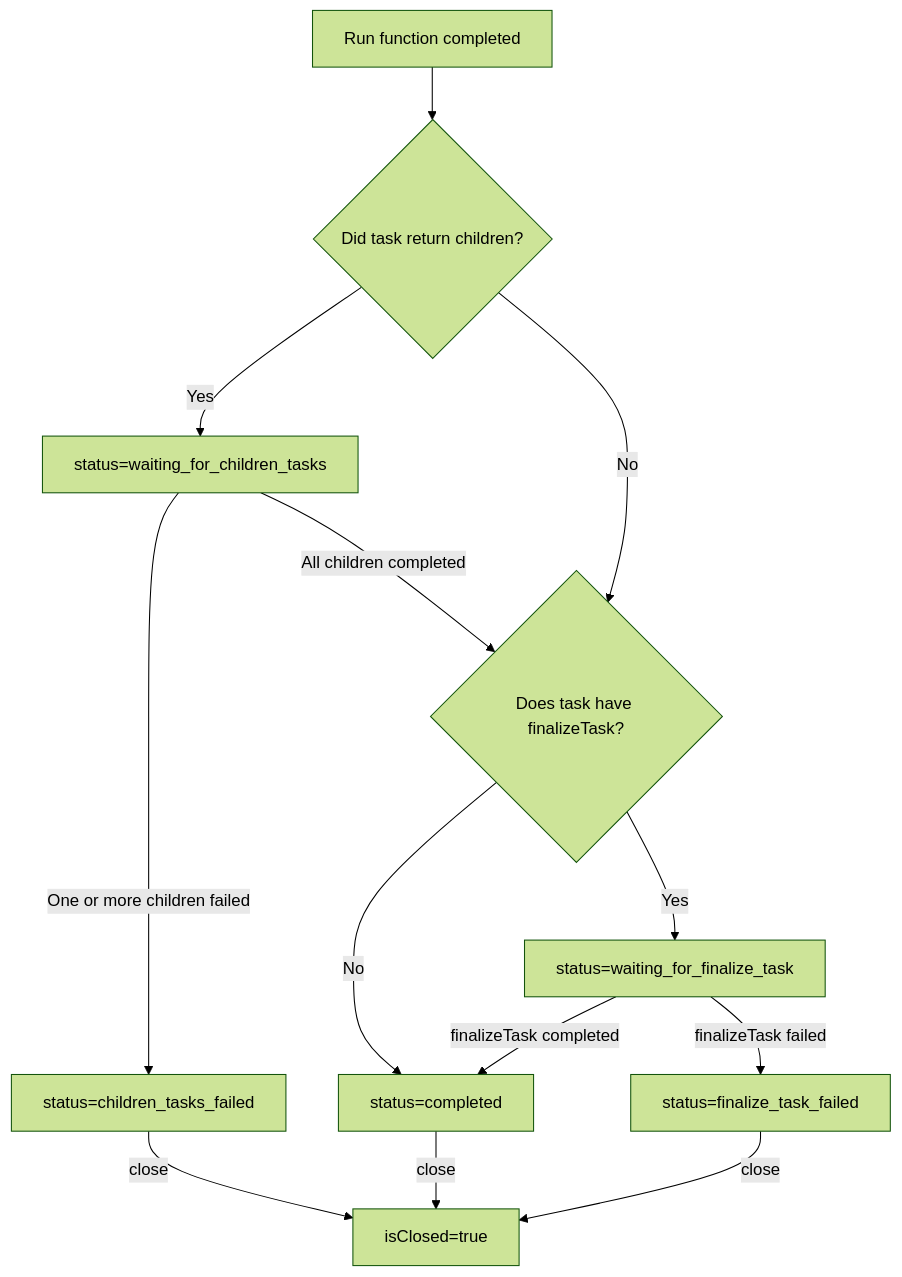
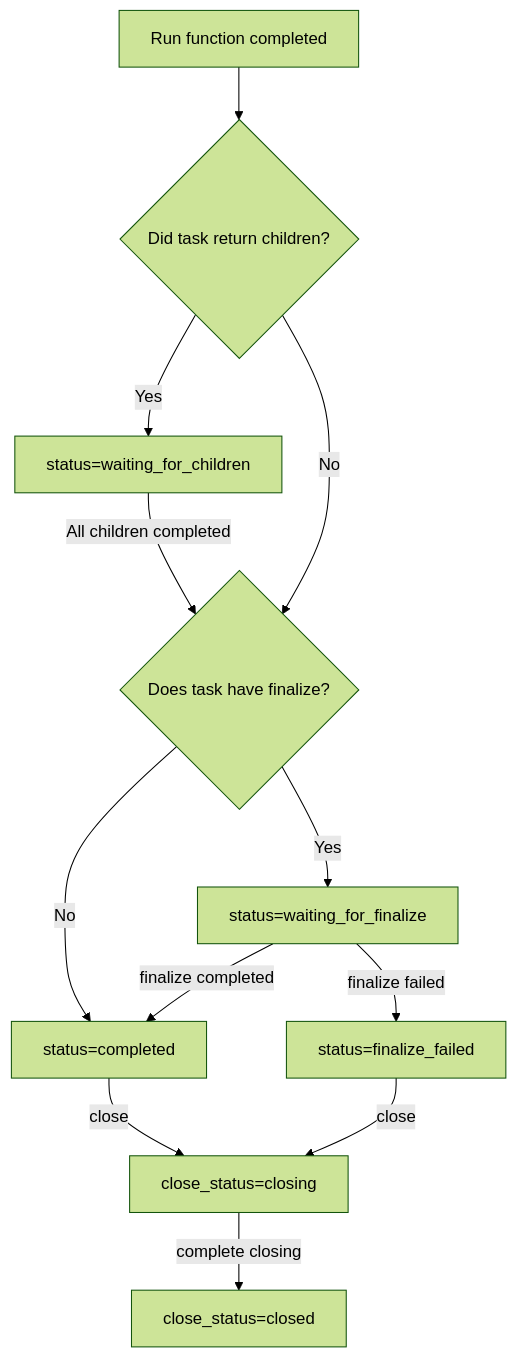
One commit to gpahal/durable-execution changed the eighth of 8 diagrams in durable-execution/README.md. Above: the diagram before and after it, drawn with Mermaid (forest theme). The commit also changed other lines of this file and 67 other files, not shown here.

````diff
--- a/durable-execution/README.md
+++ b/durable-execution/README.md
@@ -1005,15 +1225,14 @@
 ```mermaid
 flowchart TD
   A[Run function completed]-->B{Did task return children?}
-  B-->|Yes| C[status=waiting_for_children_tasks]
-  C-->|One or more children failed| D[status=children_tasks_failed]
-  C-->|All children completed| E{Does task have finalizeTask?}
-  E-->|Yes| F[status=waiting_for_finalize_task]
-  E-->|No| G[status=completed]
-  F-->|finalizeTask failed| H[status=finalize_task_failed]
-  F-->|finalizeTask completed| G
-  B-->|No| E
-  D-->|close| Z[isClosed=true]
-  G-->|close| Z
-  H-->|close| Z
+  B-->|Yes| C[status=waiting_for_children]
+  C-->|All children completed| D{Does task have finalize?}
+  D-->|Yes| E[status=waiting_for_finalize]
+  D-->|No| F[status=completed]
+  E-->|finalize failed| G[status=finalize_failed]
+  E-->|finalize completed| F
+  B-->|No| D
+  F-->|close| Y[close_status=closing]
+  G-->|close| Y
+  Y-->|complete closing| Z[close_status=closed]
 ```
````
